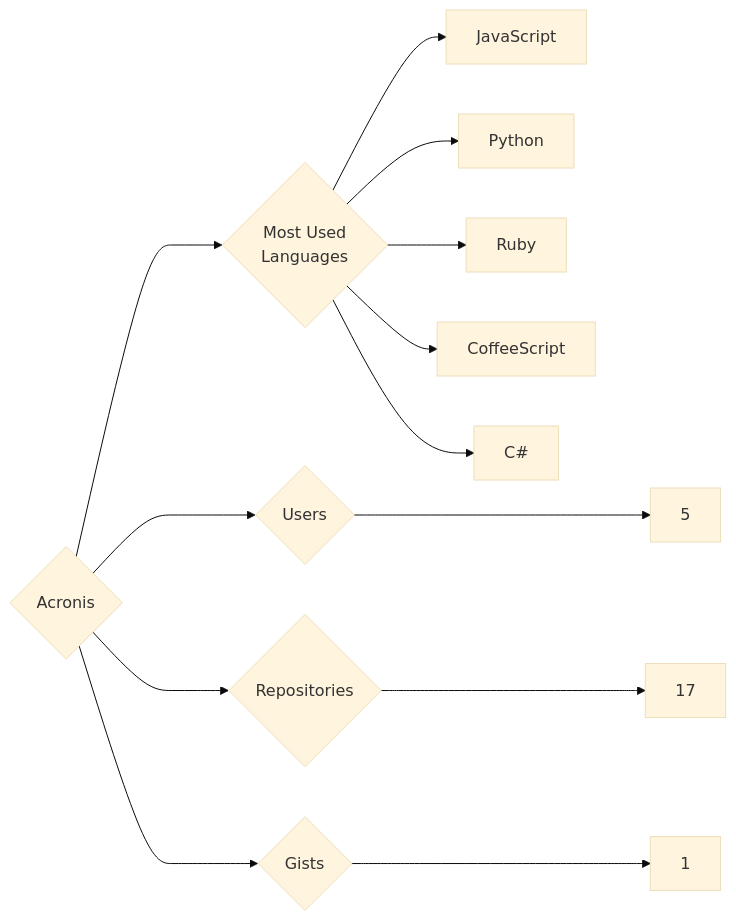
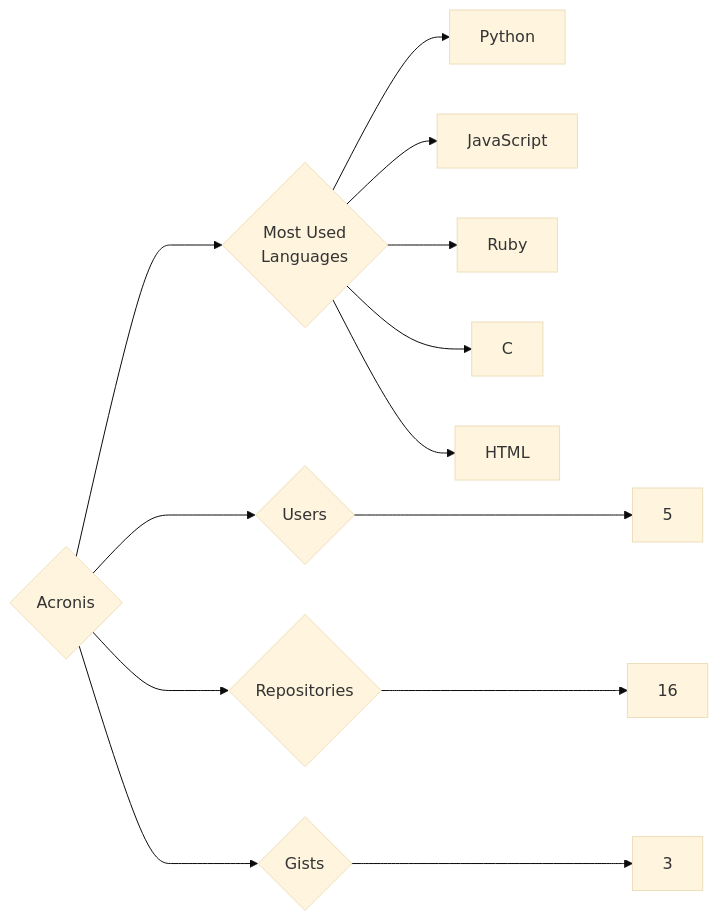
One commit to trickest/insiders changed the diagram in targets/Acronis/README.md. Above: the diagram before and after it, drawn with Mermaid (base theme). The commit also changed 988 other files, not shown here.

````diff
--- a/targets/Acronis/README.md
+++ b/targets/Acronis/README.md
@@ -3,13 +3,13 @@
 ```mermaid
 graph LR
 COMPANY_NAME{Acronis}
 COMPANY_NAME ---> U{Users} ---> UN[5]
-COMPANY_NAME ---> R{Repositories} ---> RN[17]
-COMPANY_NAME ---> G{Gists} ---> GN[1]
+COMPANY_NAME ---> R{Repositories} ---> RN[16]
+COMPANY_NAME ---> G{Gists} ---> GN[3]
 COMPANY_NAME ---> ML{Most Used<br>Languages}
+ML --> Python[Python]
 ML --> JavaScript[JavaScript]
-ML --> Python[Python]
 ML --> Ruby[Ruby]
-ML --> CoffeeScript[CoffeeScript]
-ML --> C#[C#]
+ML --> C[C]
+ML --> HTML[HTML]
 ```
````
